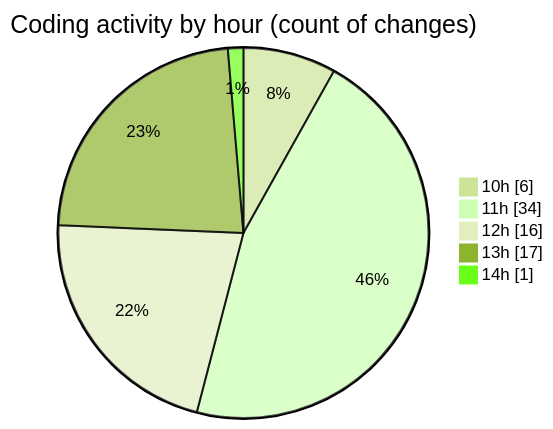
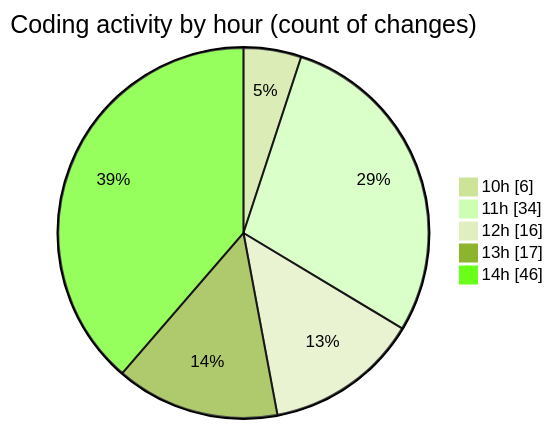
One commit to momahboobian/code-tracking changed the second of 2 diagrams in 2025-08-13/cda/README.md. Above: the diagram before and after it, drawn with Mermaid (forest theme). The commit also changed other lines of this file and 1 other file, not shown here.

````diff
--- a/2025-08-13/cda/README.md
+++ b/2025-08-13/cda/README.md
@@ -36,9 +49,9 @@
 ```mermaid
 pie showData
 title Coding activity by hour (count of changes)
 "10h" : 6
 "11h" : 34
 "12h" : 16
 "13h" : 17
-"14h" : 1
+"14h" : 46
 ```
````
